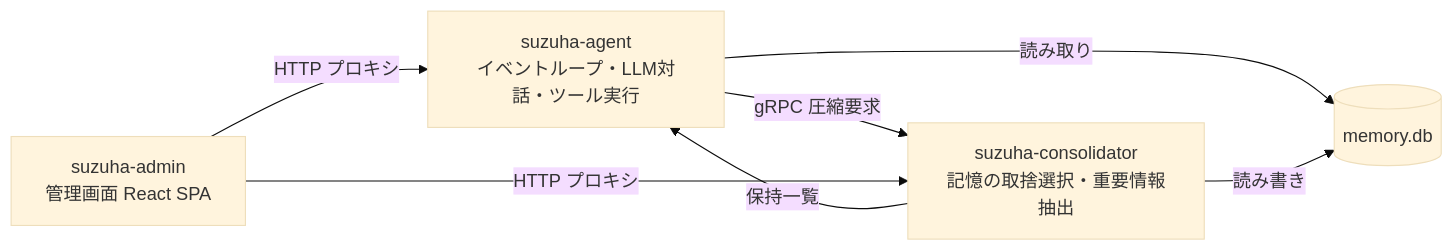
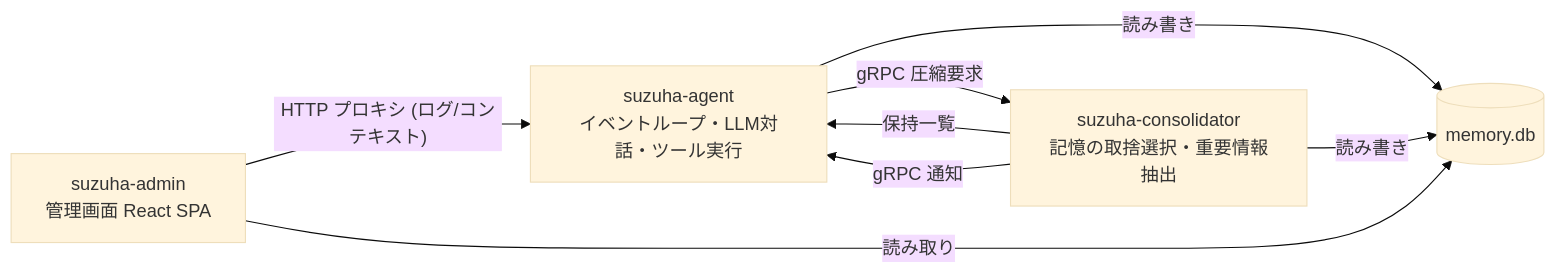
One commit to haryoiro/suzuha changed the first of 2 diagrams in .claude/rules/architecture.md. Above: the diagram before and after it, drawn with Mermaid (base theme). The commit also changed other lines of this file and 4 other files, not shown here.

````diff
--- a/.claude/rules/architecture.md
+++ b/.claude/rules/architecture.md
@@ -12,14 +12,15 @@
 ```mermaid
 graph LR
   agent[suzuha-agent<br/>イベントループ・LLM対話・ツール実行]
   consol[suzuha-consolidator<br/>記憶の取捨選択・重要情報抽出]
   admin[suzuha-admin<br/>管理画面 React SPA]
   db[(memory.db)]
 
   agent -- gRPC 圧縮要求 --> consol
   consol -- 保持一覧 --> agent
-  agent -- 読み取り --> db
+  consol -- gRPC 通知 --> agent
+  agent -- 読み書き --> db
   consol -- 読み書き --> db
-  admin -- HTTP プロキシ --> agent
-  admin -- HTTP プロキシ --> consol
+  admin -- 読み取り --> db
+  admin -- HTTP プロキシ (ログ/コンテキスト) --> agent
 ```
````
